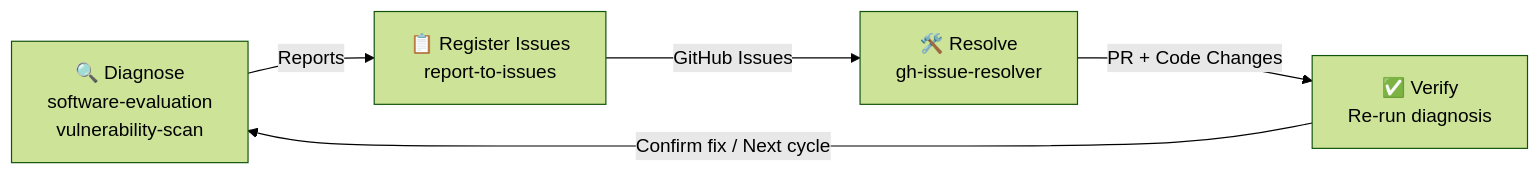
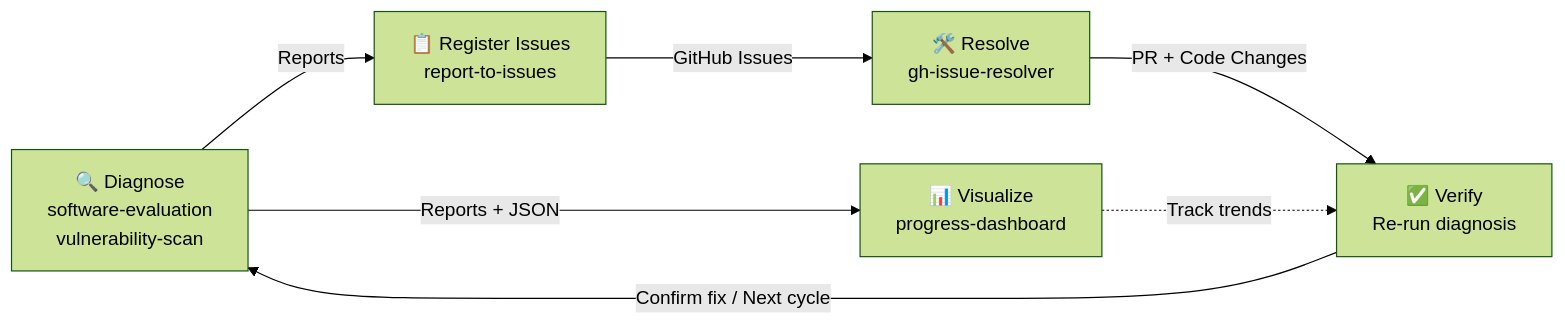
One commit to ymd38/dev-skills changed the diagram in README.md. Above: the diagram before and after it, drawn with Mermaid (forest theme). The commit also changed other lines of this file and 1 other file, not shown here.

First line of the commit message:
docs: add progress-dashboard skill to README with example visualization

````diff
--- a/README.md
+++ b/README.md
@@ -13,12 +13,15 @@
 ```mermaid
 graph LR
     Diagnose["🔍 Diagnose<br/>software-evaluation<br/>vulnerability-scan"]
+    Visualize["📊 Visualize<br/>progress-dashboard"]
     Register["📋 Register Issues<br/>report-to-issues"]
     Resolve["🛠️ Resolve<br/>gh-issue-resolver"]
     Verify["✅ Verify<br/>Re-run diagnosis"]
 
+    Diagnose -- "Reports + JSON" --> Visualize
     Diagnose -- "Reports" --> Register
     Register -- "GitHub Issues" --> Resolve
     Resolve -- "PR + Code Changes" --> Verify
     Verify -- "Confirm fix / Next cycle" --> Diagnose
+    Visualize -. "Track trends" .-> Verify
 ```
````
